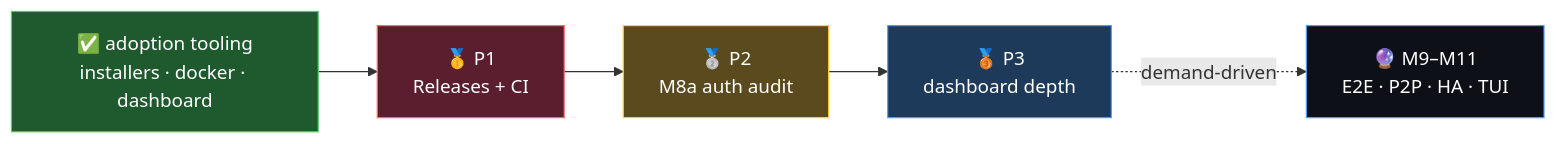
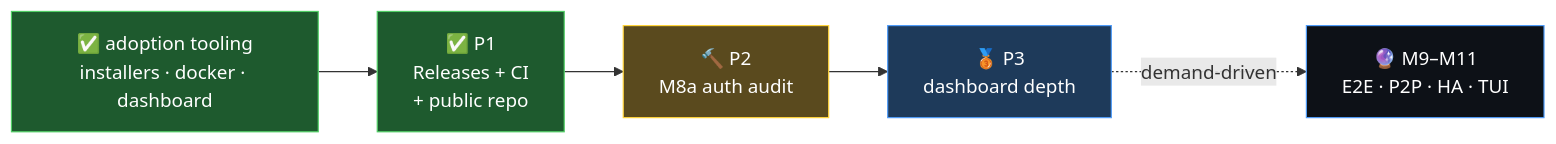
One commit to shoemoney/devbox changed the diagram in plan.md. Above: the diagram before and after it, drawn with Mermaid. The commit also changed other lines of this file and 2 other files, not shown here.

First line of the commit message:
docs: P1 shipped + repo public; LICENSE = AGPLv3 (matches open-core moat) 📦🌍⚖️

````diff
--- a/plan.md
+++ b/plan.md
@@ -20,12 +28,12 @@
 ```mermaid
 flowchart LR
-    NOW["✅ adoption tooling<br/>installers · docker · dashboard"] --> P1["🥇 P1<br/>Releases + CI"]
-    P1 --> P2["🥈 P2<br/>M8a auth audit"]
+    NOW["✅ adoption tooling<br/>installers · docker · dashboard"] --> P1["✅ P1<br/>Releases + CI<br/>+ public repo"]
+    P1 --> P2["🔨 P2<br/>M8a auth audit"]
     P2 --> P3["🥉 P3<br/>dashboard depth"]
     P3 -.demand-driven.-> LATER["🔮 M9–M11<br/>E2E · P2P · HA · TUI"]
     style NOW fill:#1e5a2e,stroke:#51cf66,color:#fff
-    style P1 fill:#5a1e2e,stroke:#ff6b6b,color:#fff
+    style P1 fill:#1e5a2e,stroke:#51cf66,color:#fff
     style P2 fill:#5a4a1e,stroke:#ffd43b,color:#fff
     style P3 fill:#1e3a5a,stroke:#4F9CF9,color:#fff
     style LATER fill:#0d1117,stroke:#4F9CF9,color:#fff
 ```
````
